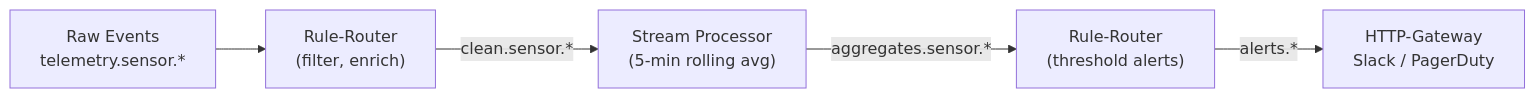
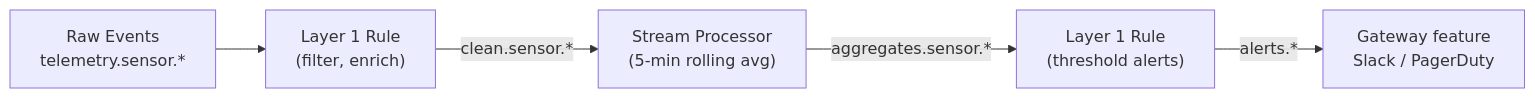
The diagram in docs/stream-processing.md (stone-age-io/platform-docs), drawn with Mermaid before and after one commit. The commit also changed other lines of this file and 10 other files, not shown here.

````diff
--- a/docs/stream-processing.md
+++ b/docs/stream-processing.md
@@ -30,7 +30,7 @@
 ```mermaid
 flowchart LR
-    Raw["Raw Events<br/>telemetry.sensor.*"] --> RR1["Rule-Router<br/>(filter, enrich)"]
+    Raw["Raw Events<br/>telemetry.sensor.*"] --> RR1["Layer 1 Rule<br/>(filter, enrich)"]
     RR1 -->|"clean.sensor.*"| SP["Stream Processor<br/>(5-min rolling avg)"]
-    SP -->|"aggregates.sensor.*"| RR2["Rule-Router<br/>(threshold alerts)"]
-    RR2 -->|"alerts.*"| Out["HTTP-Gateway<br/>Slack / PagerDuty"]
+    SP -->|"aggregates.sensor.*"| RR2["Layer 1 Rule<br/>(threshold alerts)"]
+    RR2 -->|"alerts.*"| Out["Gateway feature<br/>Slack / PagerDuty"]
 ```
````
